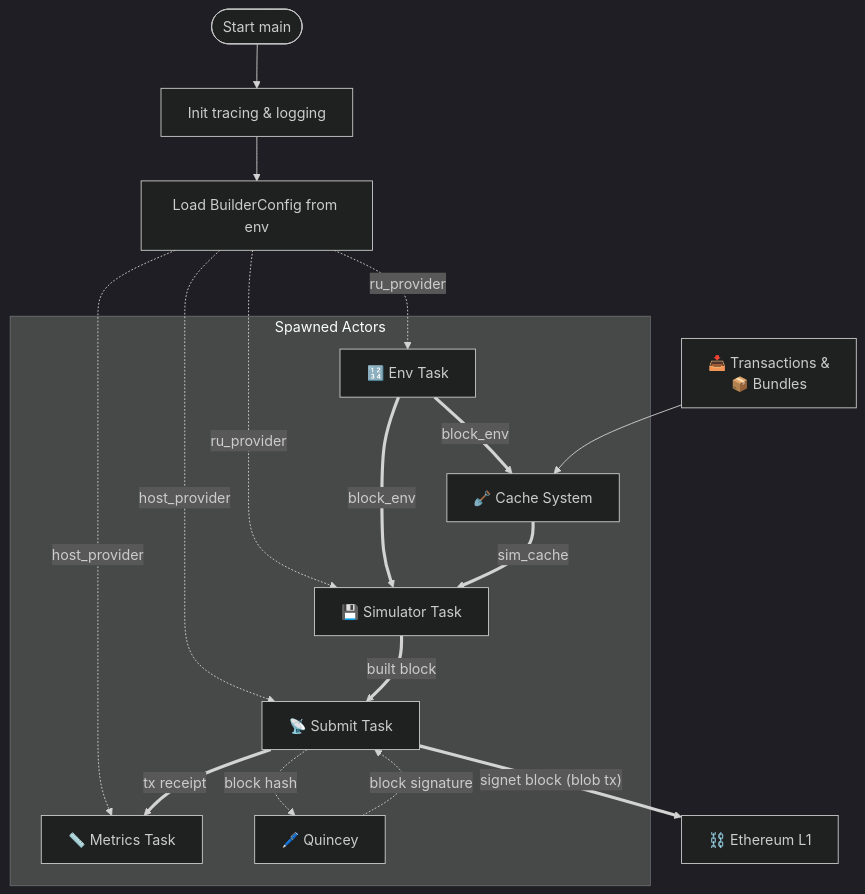
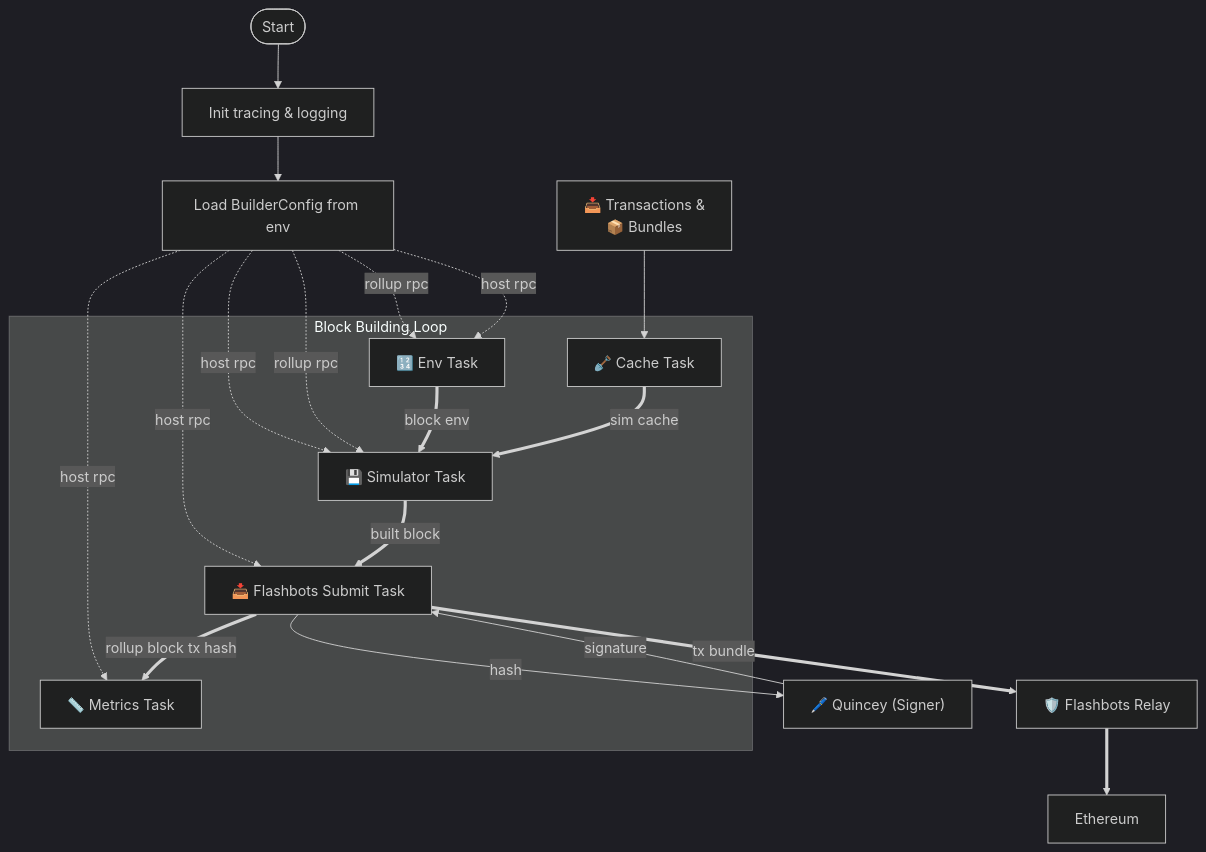
The diagram in README.md (init4tech/builder), drawn with Mermaid before and after one commit. The commit also changed other lines of this file, not shown here.

First line of the commit message:
docs: update README with Flashbots architecture changes (#164)

````diff
--- a/README.md
+++ b/README.md
@@ -19,36 +19,44 @@
 ```mermaid
 %%{ init : { "theme" : "dark" } }%%
 flowchart TD
-    %% ────────────── INITIALIZATION ──────────────
-    A0(["Start main"]) --> A1[Init tracing & logging]
-    A1 --> A2_BuilderConfig[Load BuilderConfig from env]
-    
-    %% ────────────── CORE TASK SPAWNS ──────────────
-    subgraph Tasks_Spawned["Spawned Actors"]
-        EnvTaskActor["🔢 Env Task"] ==block_env==> CacheSystem
-        CacheSystem["🪏 Cache System"]
-        MetricsTaskActor["📏 Metrics Task"]
-        SubmitTaskActor["📡 Submit Task "]
-        SimulatorTaskActor["💾 Simulator Task"]
-        Quincey["🖊️ Quincey"]
+   %% Initialization
+   Start(["Start"]) --> Init["Init tracing & logging"]
+   Init --> Config["Load BuilderConfig from env"]
 
-        SubmitTaskActor -.block hash.-> Quincey
-        Quincey -.block signature.-> SubmitTaskActor
-    end
+   Inbound["📥 Transactions &
+   📦 Bundles"] --> Cache["🪏 Cache Task"]
+   Quincey["🖊️ Quincey (Signer)"]
 
-    %% ────────────── CONNECTIONS & DATA FLOW ──────────────
-    A2_BuilderConfig -.host_provider.-> MetricsTaskActor
-    A2_BuilderConfig -.host_provider.->SubmitTaskActor
-    A2_BuilderConfig -.ru_provider.-> SimulatorTaskActor
-    A2_BuilderConfig -.ru_provider.-> EnvTaskActor
+   %% Block building loop
+   subgraph BuilderLoop["Block Building Loop"]
+      Env["🔢 Env Task"]
+      Cache["🪏 Cache Task"]
+      Simulator["💾 Simulator Task"]
+      Metrics["📏 Metrics Task"]
+      FlashbotsSubmit["📥 Flashbots Submit Task"]
+   end
 
-    A3["📥 Transactions &
-    📦 Bundles"] --> CacheSystem
+   %% Signing
+   FlashbotsSubmit --hash--> Quincey
+   Quincey -- signature --> FlashbotsSubmit
 
-    EnvTaskActor ==block_env==> SimulatorTaskActor
-    CacheSystem ==sim_cache ==> SimulatorTaskActor
-    SubmitTaskActor ==tx receipt==> MetricsTaskActor
-    SimulatorTaskActor ==built block==> SubmitTaskActor
+   %% Config wiring
+   Config -.rollup rpc.-> Env
+   Config -.host rpc.-> Env
+   Config -.host rpc.-> Simulator
+   Config -.rollup rpc.-> Simulator
+   Config -.host rpc.-> Metrics
+   Config -.host rpc.-> FlashbotsSubmit
 
-    SubmitTaskActor ==>|"signet block (blob tx)"| C1["⛓️ Ethereum L1"]
+   %% Core flow
+   Env ==block env==> Simulator
+   Cache ==sim cache==> Simulator
+   Simulator ==built block==> FlashbotsSubmit
+
+   %% Network submission
+   FlashbotsSubmit ==>|"tx bundle"| FlashbotsRelay["🛡️ Flashbots Relay"]
+   FlashbotsRelay ==> Ethereum
+
+   %% Metrics
+   FlashbotsSubmit ==rollup block tx hash==> Metrics
 ```
````
